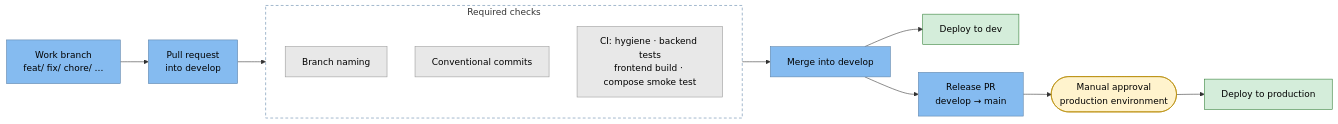
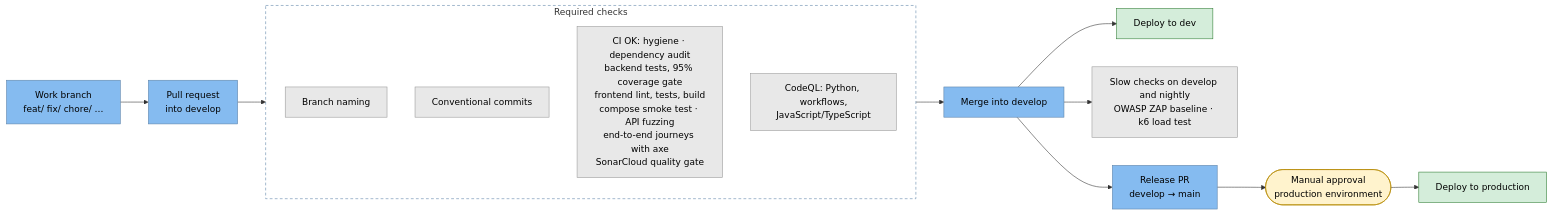
The eighth of 8 diagrams in docs/architecture.md (Michelle-anyika/dataset-request-desk), drawn with Mermaid before and after one commit. The commit also changed other lines of this file and 1 other file, not shown here.

First line of the commit message:
docs: update the architecture and add a printable export

````diff
--- a/docs/architecture.md
+++ b/docs/architecture.md
@@ -301,27 +302,29 @@
 ```mermaid
 flowchart LR
     branch["Work branch<br/>feat/ fix/ chore/ …"] --> pr["Pull request<br/>into develop"]
 
     subgraph checks["Required checks"]
         direction TB
         naming["Branch naming"]
         commits["Conventional commits"]
-        ci["CI: hygiene · backend tests<br/>frontend build · compose smoke test"]
+        ci["CI OK: hygiene · dependency audit<br/>backend tests, 95% coverage gate<br/>frontend lint, tests, build<br/>compose smoke test · API fuzzing<br/>end-to-end journeys with axe<br/>SonarCloud quality gate"]
+        codeql["CodeQL: Python, workflows,<br/>JavaScript/TypeScript"]
     end
 
     pr --> checks --> develop["Merge into develop"]
     develop --> devdeploy["Deploy to dev"]
+    develop --> slow["Slow checks on develop and nightly<br/>OWASP ZAP baseline · k6 load test"]
     develop --> release["Release PR<br/>develop → main"]
     release --> approve(["Manual approval<br/>production environment"])
     approve --> proddeploy["Deploy to production"]
 
     classDef step fill:#85bbf0,stroke:#5d82a8,color:#000
     classDef check fill:#e8e8e8,stroke:#999,color:#000
     classDef deploy fill:#d4edda,stroke:#2e7d32,color:#000
     classDef gate fill:#fff3cd,stroke:#b58900,color:#000
     class branch,pr,develop,release step
-    class naming,commits,ci check
+    class naming,commits,ci,codeql,slow check
     class devdeploy,proddeploy deploy
     class approve gate
     style checks fill:transparent,stroke:#5d82a8,stroke-width:1px,stroke-dasharray:5 4
 ```
````
